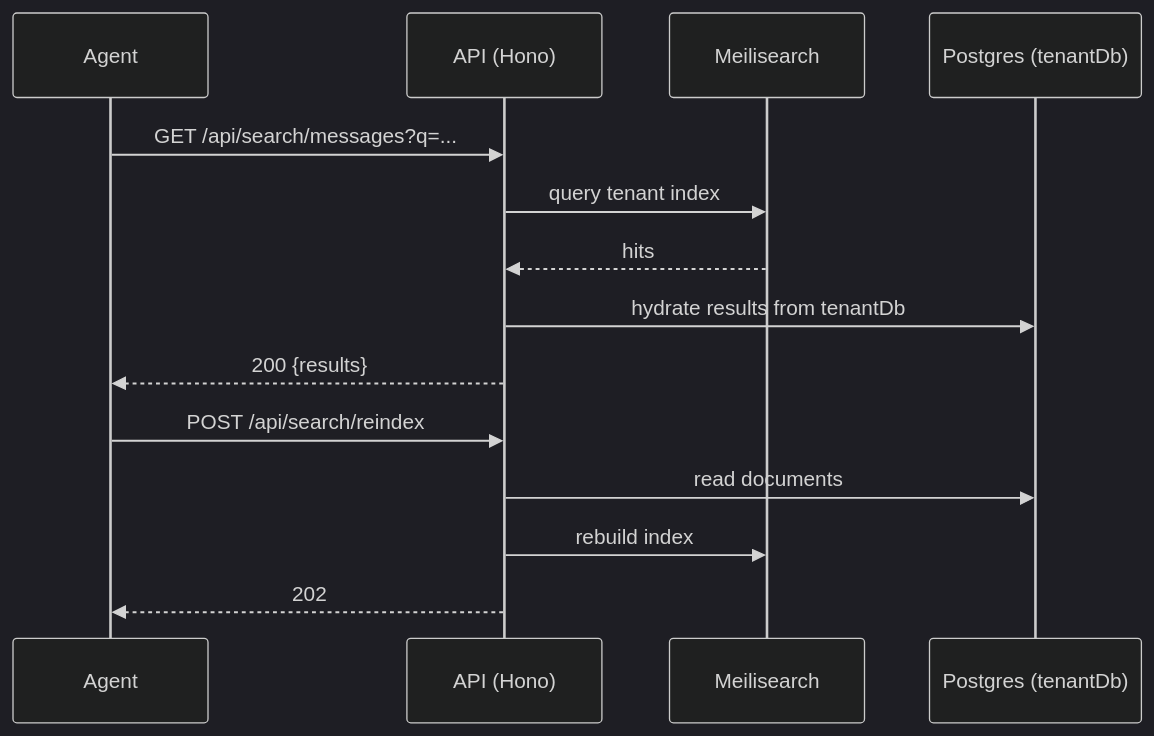
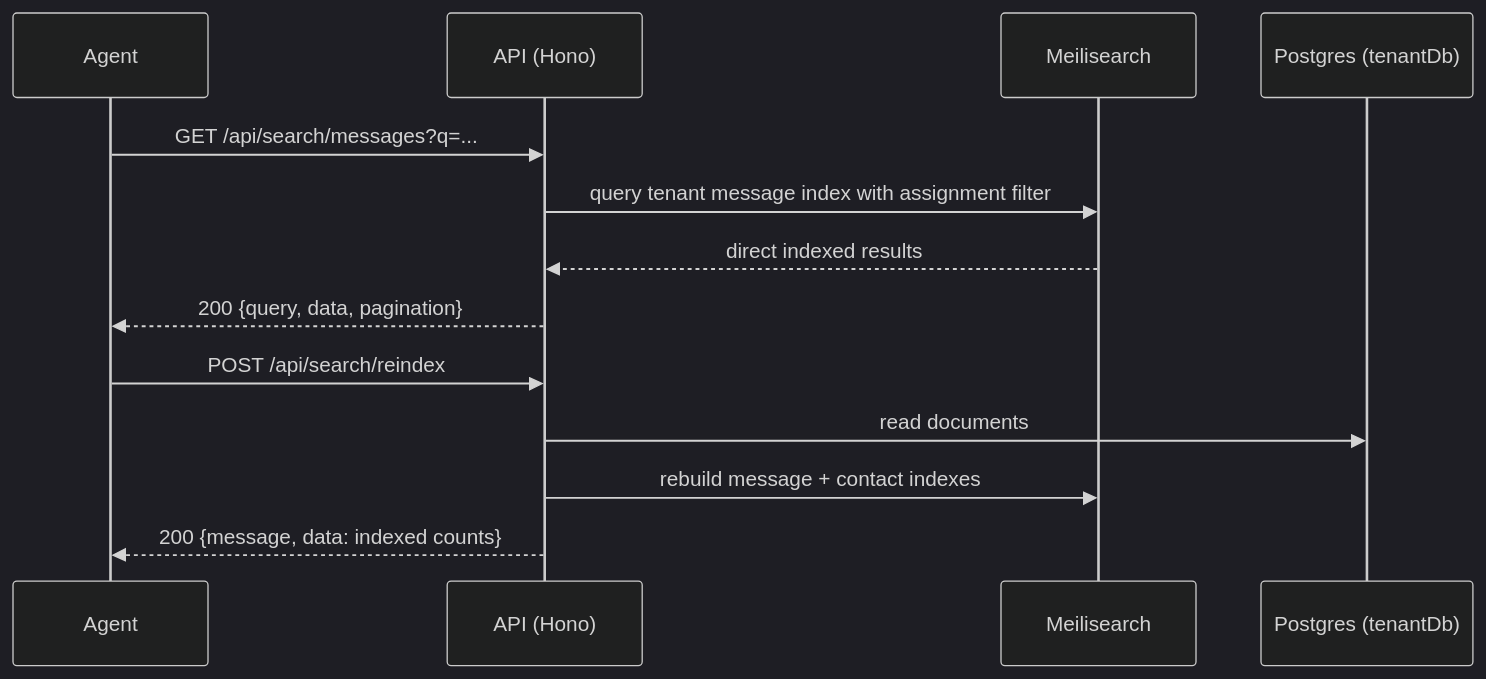
One commit to ygncode/wateaminbox changed the diagram in docs/apis/search.md. Above: the diagram before and after it, drawn with Mermaid (dark theme). The commit also changed other lines of this file and 27 other files, not shown here.

````diff
--- a/docs/apis/search.md
+++ b/docs/apis/search.md
@@ -23,16 +23,15 @@
 ```mermaid
 sequenceDiagram
     participant U as Agent
     participant A as API (Hono)
     participant M as Meilisearch
     participant D as Postgres (tenantDb)
     U->>A: GET /api/search/messages?q=...
-    A->>M: query tenant index
-    M-->>A: hits
-    A->>D: hydrate results from tenantDb
-    A-->>U: 200 {results}
+    A->>M: query tenant message index with assignment filter
+    M-->>A: direct indexed results
+    A-->>U: 200 {query, data, pagination}
     U->>A: POST /api/search/reindex
     A->>D: read documents
-    A->>M: rebuild index
-    A-->>U: 202
+    A->>M: rebuild message + contact indexes
+    A-->>U: 200 {message, data: indexed counts}
 ```
````
